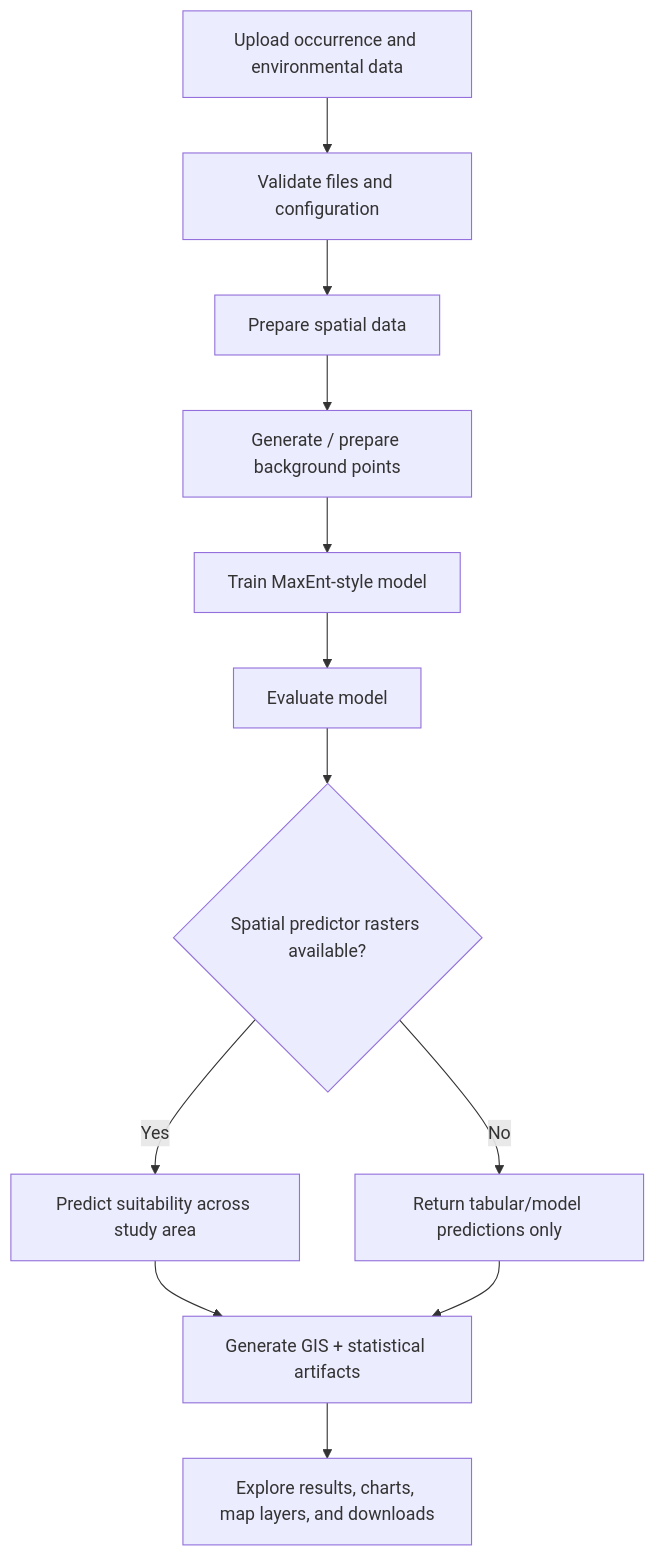
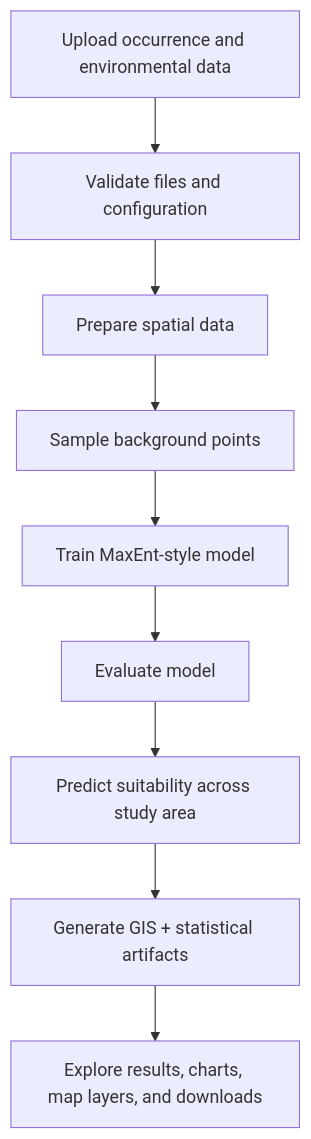
Before and after one commit to uroge/maxent-eco-suitability: the second of 4 diagrams in README.md, drawn with Mermaid. The commit also changed other lines of this file and 109 other files, not shown here.

````diff
--- a/README.md
+++ b/README.md
@@ -119,22 +119,17 @@
 ```mermaid
 flowchart TD
   I[Upload occurrence and environmental data] --> V[Validate files and configuration]
 
   V --> P[Prepare spatial data]
 
-  P --> B[Generate / prepare background points]
+  P --> B[Sample background points]
 
   B --> M[Train MaxEnt-style model]
 
   M --> E[Evaluate model]
 
-  E --> C{Spatial predictor rasters available?}
-
-  C -->|Yes| G[Predict suitability across study area]
-  C -->|No| T[Return tabular/model predictions only]
-
+  E --> G[Predict suitability across study area]
   G --> X[Generate GIS + statistical artifacts]
-  T --> X
 
   X --> D[Explore results, charts, map layers, and downloads]
 ```
````
